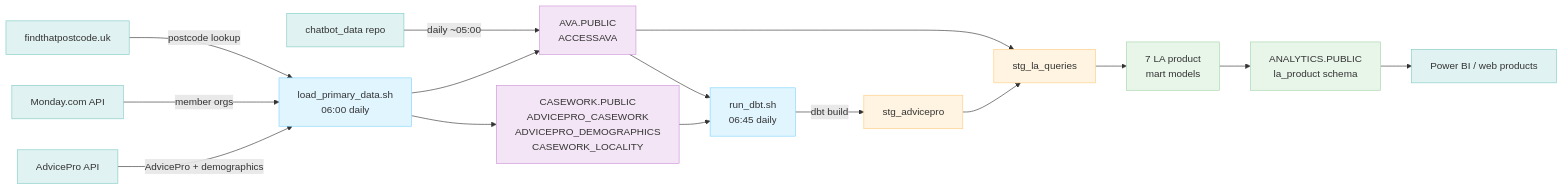
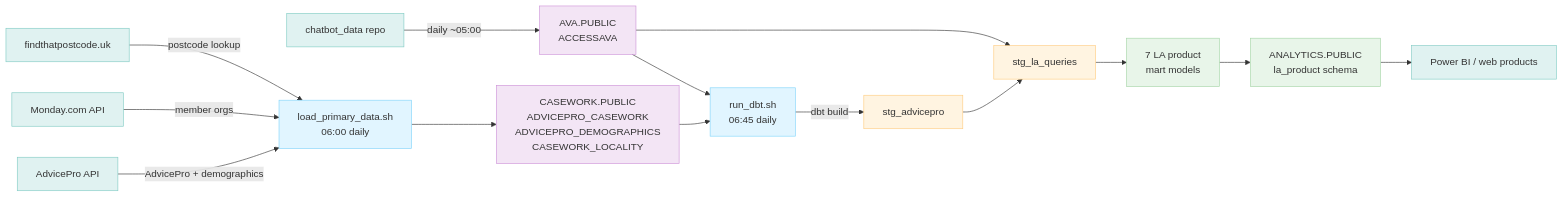
One commit to access-social-care/dbt-asc changed the diagram in README.md. Above: the diagram before and after it, drawn with Mermaid. The commit also changed other lines of this file, not shown here.

First line of the commit message:
docs: move pipeline explainer to top, consolidate diagrams, clarify mart separation

````diff
--- a/README.md
+++ b/README.md
@@ -11,43 +13,42 @@
 ```mermaid
 graph LR
     AP["AdvicePro API"]:::external
     MON["Monday.com API"]:::external
     FTPC["findthatpostcode.uk"]:::external
     CBD["chatbot_data repo"]:::external
 
     LPD["load_primary_data.sh<br>06:00 daily"]:::process
     RDT["run_dbt.sh<br>06:45 daily"]:::process
 
     AVA["AVA.PUBLIC<br>ACCESSAVA"]:::source
     CW["CASEWORK.PUBLIC<br>ADVICEPRO_CASEWORK<br>ADVICEPRO_DEMOGRAPHICS<br>CASEWORK_LOCALITY"]:::source
 
     STG1["stg_advicepro"]:::product
     STG2["stg_la_queries"]:::product
     MART["7 LA product<br>mart models"]:::final
     ANA["ANALYTICS.PUBLIC<br>la_product schema"]:::final
 
     WEB["Power BI / web products"]:::external
 
     AP -->|"AdvicePro + demographics"| LPD
     MON -->|"member orgs"| LPD
     FTPC -->|"postcode lookup"| LPD
     CBD -->|"daily ~05:00"| AVA
 
     LPD --> CW
-    LPD --> AVA
 
     AVA --> RDT
     CW --> RDT
     RDT -->|"dbt build"| STG1
     STG1 --> STG2
     AVA --> STG2
     STG2 --> MART
     MART --> ANA
     ANA --> WEB
 
     classDef external fill:#e0f2f1,stroke:#80cbc4
     classDef process fill:#e1f5ff,stroke:#81d4fa
     classDef source fill:#f3e5f5,stroke:#ce93d8
     classDef product fill:#fff4e1,stroke:#ffcc80
     classDef final fill:#e8f5e9,stroke:#a5d6a7
 ```
````
